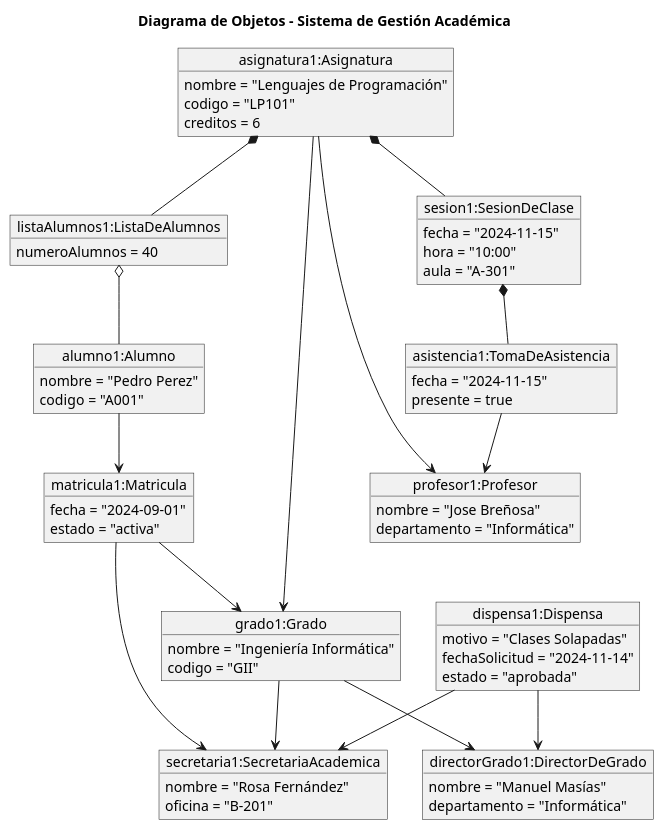
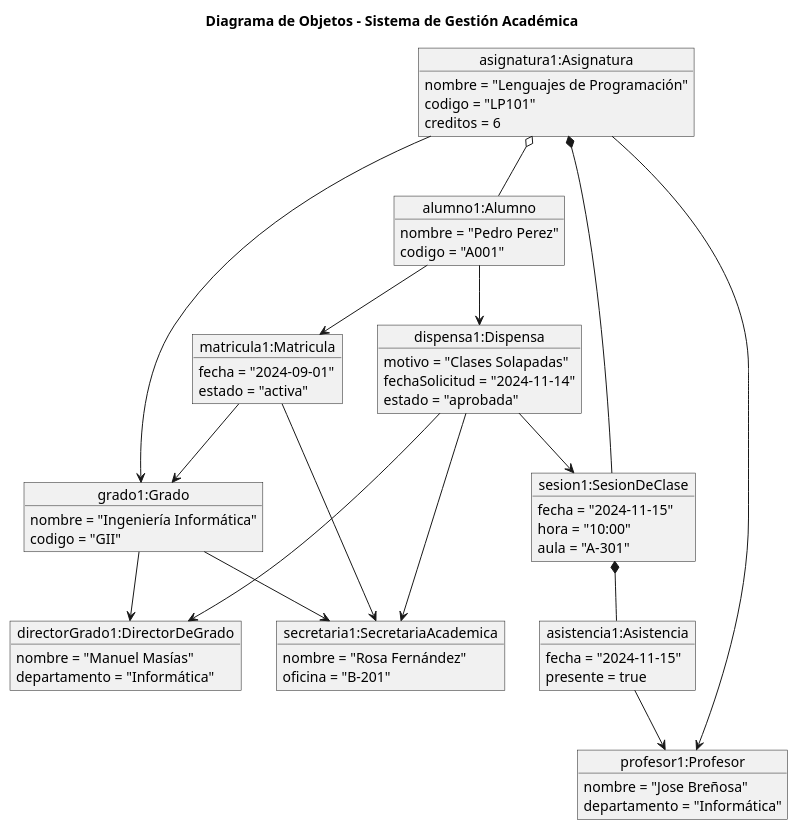
The diagram in documents/ModeloDelDominio/DiagramaDeObjetos/DiagramaDeObjetos.puml (enmabry/25-26-IdSw1-SdR), drawn with PlantUML before and after one commit. The commit also changed 22 other files, not shown here.

```diff
--- a/documents/ModeloDelDominio/DiagramaDeObjetos/DiagramaDeObjetos.puml
+++ b/documents/ModeloDelDominio/DiagramaDeObjetos/DiagramaDeObjetos.puml
@@ -1,93 +1,83 @@
 @startuml
 
 title Diagrama de Objetos - Sistema de Gestión Académica
+
+' --- INSTANCIACIÓN DE OBJETOS ---
 
 object "alumno1:Alumno" as alumno1 {
     nombre = "Pedro Perez"
     codigo = "A001"
 }
 
 object "matricula1:Matricula" as matricula1 {
     fecha = "2024-09-01"
     estado = "activa"
 }
 
 object "grado1:Grado" as grado1 {
     nombre = "Ingeniería Informática"
     codigo = "GII"
 }
 
 object "asignatura1:Asignatura" as asignatura1 {
     nombre = "Lenguajes de Programación"
     codigo = "LP101"
     creditos = 6
 }
 
-
 object "profesor1:Profesor" as profesor1 {
     nombre = "Jose Breñosa"
     departamento = "Informática"
 }
 
 object "directorGrado1:DirectorDeGrado" as directorGrado1 {
     nombre = "Manuel Masías"
     departamento = "Informática"
 }
 
 object "secretaria1:SecretariaAcademica" as secretaria1 {
     nombre = "Rosa Fernández"
     oficina = "B-201"
 }
 
-object "listaAlumnos1:ListaDeAlumnos" as listaAlumnos1 {
-    numeroAlumnos = 40
-}
-
 object "sesion1:SesionDeClase" as sesion1 {
     fecha = "2024-11-15"
     hora = "10:00"
     aula = "A-301"
 }
 
-
-object "asistencia1:TomaDeAsistencia" as asistencia1 {
+object "asistencia1:Asistencia" as asistencia1 {
     fecha = "2024-11-15"
     presente = true
 }
-
 
 object "dispensa1:Dispensa" as dispensa1 {
     motivo = "Clases Solapadas"
     fechaSolicitud = "2024-11-14"
     estado = "aprobada"
 }
 
+' --- RELACIONES EN UN ESCENARIO CONCRETO ---
+
 alumno1 --> matricula1
-
 matricula1 --> grado1
-
 matricula1 --> secretaria1
 
 asignatura1 --> grado1
-
 asignatura1 --> profesor1
 
-asignatura1 *-- listaAlumnos1
-
-listaAlumnos1 o-- alumno1
+' Relación directa corregida: La asignatura contiene matriculado al alumno '
+asignatura1 o-- alumno1
 
 asignatura1 *-- sesion1
-
 sesion1 *-- asistencia1
-
 asistencia1 --> profesor1
 
+alumno1 --> dispensa1
+dispensa1 --> sesion1
 dispensa1 --> directorGrado1
-
 dispensa1 --> secretaria1
 
 grado1 --> directorGrado1
-
 grado1 --> secretaria1
-
 @enduml
```
